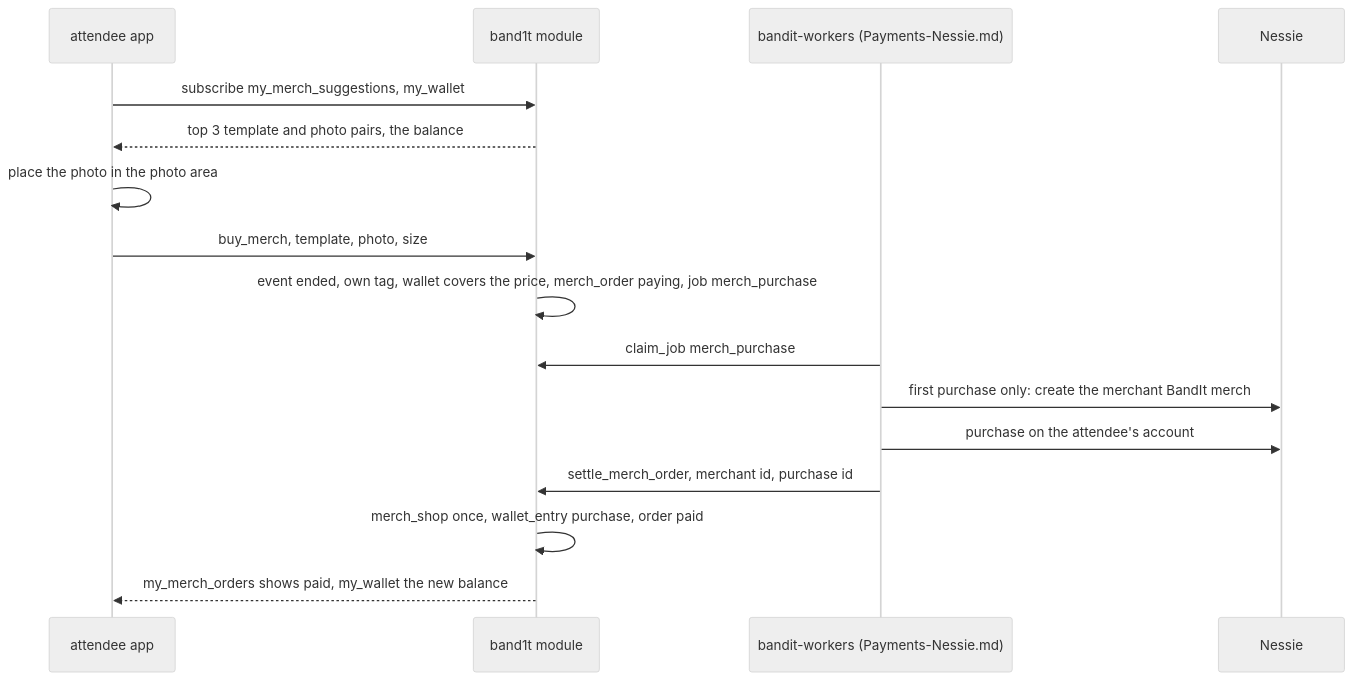
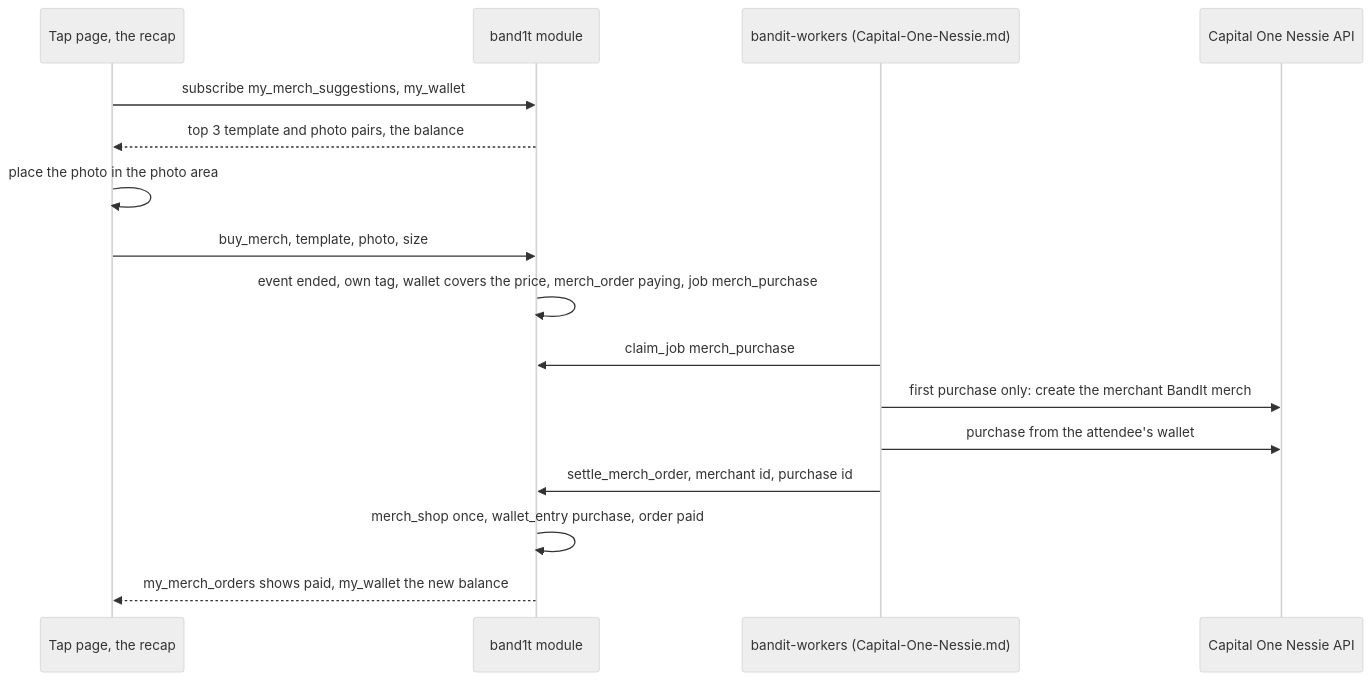
One commit to viktorinkov/cal-hacks-13 changed the second of 3 diagrams in System Design/6-features/Merch.md. Above: the diagram before and after it, drawn with Mermaid (neutral theme). The commit also changed other lines of this file and 26 other files, not shown here.

````diff
--- a/System Design/6-features/Merch.md
+++ b/System Design/6-features/Merch.md
@@ -103,18 +123,18 @@
 ```mermaid
 sequenceDiagram
-    participant AT as attendee app
+    participant AT as Tap page, the recap
     participant M as band1t module
-    participant W as bandit-workers (Payments-Nessie.md)
-    participant N as Nessie
+    participant W as bandit-workers (Capital-One-Nessie.md)
+    participant N as Capital One Nessie API
     AT->>M: subscribe my_merch_suggestions, my_wallet
     M-->>AT: top 3 template and photo pairs, the balance
     AT->>AT: place the photo in the photo area
     AT->>M: buy_merch, template, photo, size
     M->>M: event ended, own tag, wallet covers the price, merch_order paying, job merch_purchase
     W->>M: claim_job merch_purchase
     W->>N: first purchase only: create the merchant BandIt merch
-    W->>N: purchase on the attendee's account
+    W->>N: purchase from the attendee's wallet
     W->>M: settle_merch_order, merchant id, purchase id
     M->>M: merch_shop once, wallet_entry purchase, order paid
     M-->>AT: my_merch_orders shows paid, my_wallet the new balance
 ```
````
